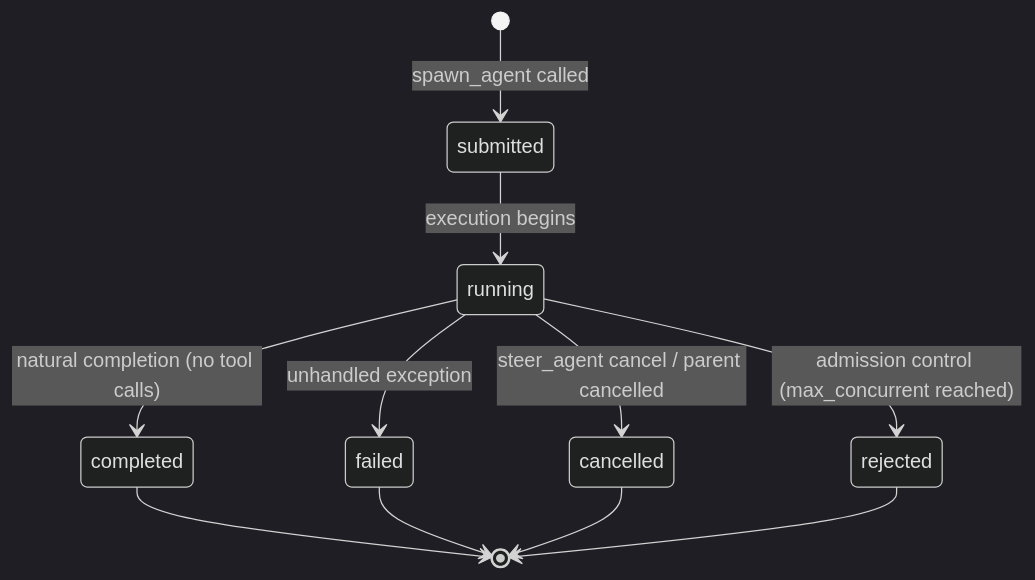
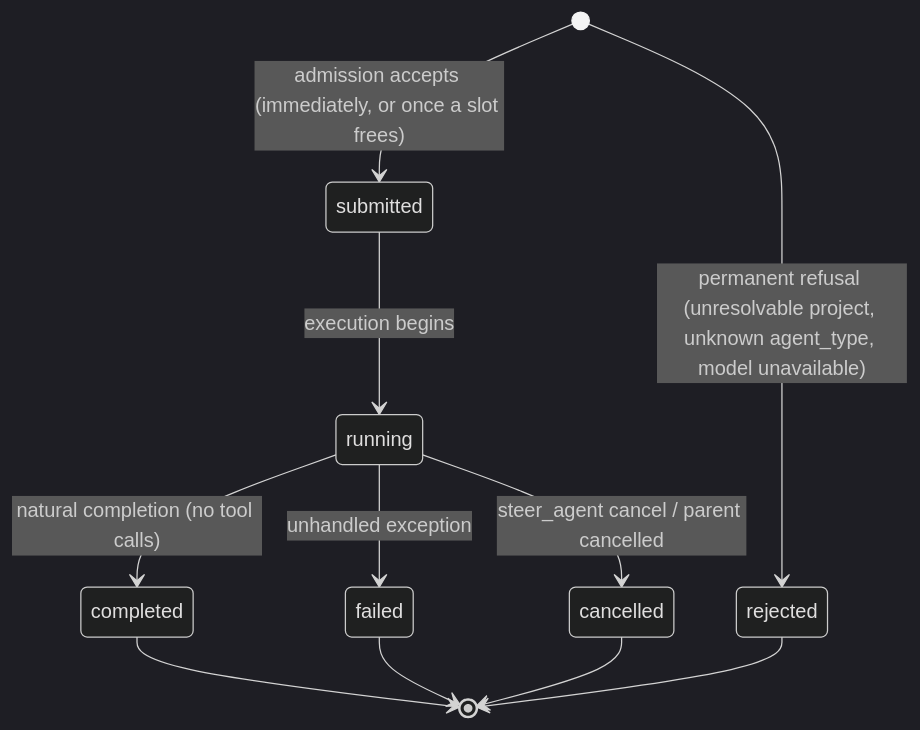
The fourth of 7 diagrams in latest/core-orchestration.md (bearlike/Assistant), drawn with Mermaid (dark theme) before and after one commit. The commit also changed other lines of this file and 301 other files, not shown here.

````diff
--- a/latest/core-orchestration.md
+++ b/latest/core-orchestration.md
@@ -178,13 +178,13 @@
 ```mermaid
 stateDiagram-v2
-    [*] --> submitted : spawn_agent called
+    [*] --> rejected : permanent refusal (unresolvable project, unknown agent_type, model unavailable)
+    [*] --> submitted : admission accepts (immediately, or once a slot frees)
     submitted --> running : execution begins
     running --> completed : natural completion (no tool calls)
     running --> failed : unhandled exception
     running --> cancelled : steer_agent cancel / parent cancelled
-    running --> rejected : admission control (max_concurrent reached)
     completed --> [*]
     failed --> [*]
     cancelled --> [*]
     rejected --> [*]
 ```
````
